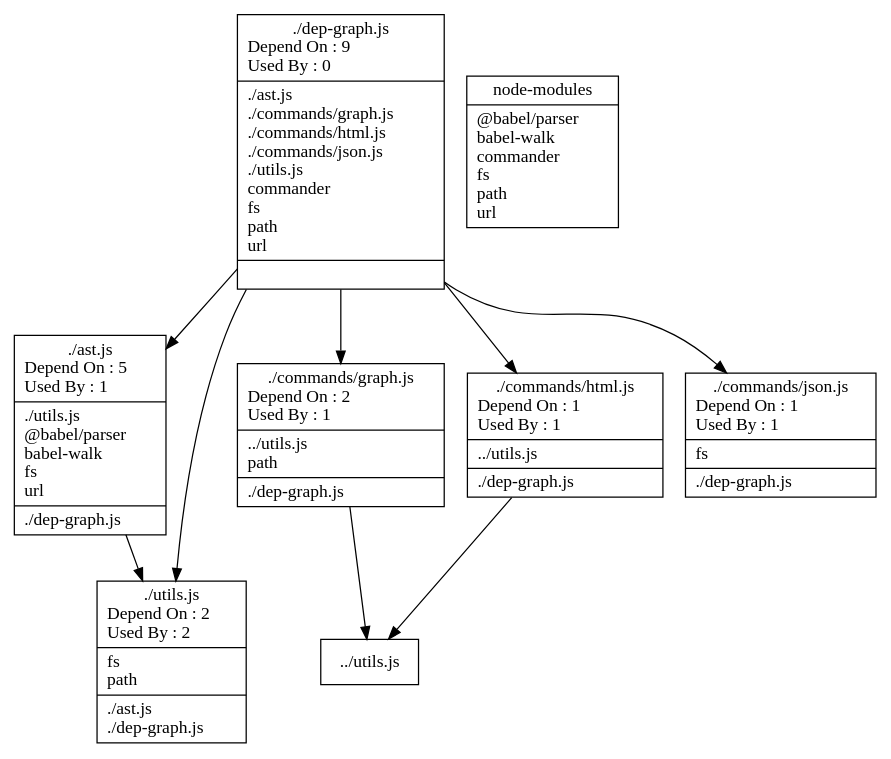
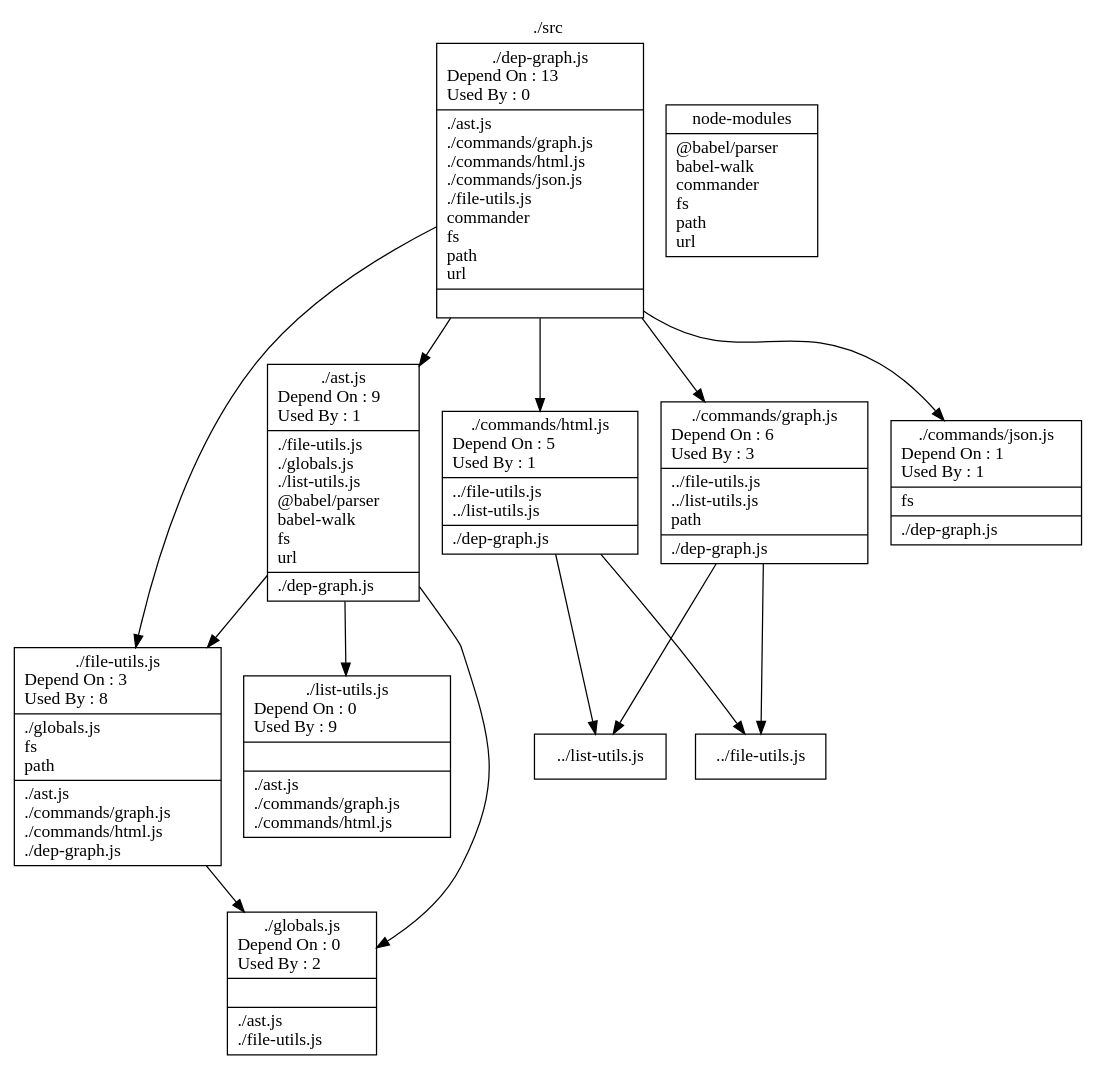
Before and after one commit to fleebe/dep-graph: the diagram in __tests__/out-eg/srcRelations.dot, drawn with Graphviz. The commit also changed 23 other files, not shown here.

Commit message:
added title to graphs and dependencies for exported source

```diff
--- a/__tests__/out-eg/srcRelations.dot
+++ b/__tests__/out-eg/srcRelations.dot
@@ -1,87 +1,120 @@
 digraph {
+label="./src";
+labelloc="t";
 node [shape=record];
 "./ast.js" [label="{ ./ast.js\n
-Depend On : 5\l
+Depend On : 9\l
 Used By : 1\l
 |
-		./utils.js\l
+		./file-utils.js\l
+		./globals.js\l
+		./list-utils.js\l
 		@babel/parser\l
 		babel-walk\l
 		fs\l
 		url\l
 |
 		./dep-graph.js\l
 }"];
 
 "./dep-graph.js" [label="{ ./dep-graph.js\n
-Depend On : 9\l
+Depend On : 13\l
 Used By : 0\l
 |
 		./ast.js\l
 		./commands/graph.js\l
 		./commands/html.js\l
 		./commands/json.js\l
-		./utils.js\l
+		./file-utils.js\l
 		commander\l
 		fs\l
 		path\l
 		url\l
 |
 }"];
 
-"./utils.js" [label="{ ./utils.js\n
-Depend On : 2\l
-Used By : 2\l
+"./file-utils.js" [label="{ ./file-utils.js\n
+Depend On : 3\l
+Used By : 8\l
 |
+		./globals.js\l
 		fs\l
 		path\l
 |
 		./ast.js\l
+		./commands/graph.js\l
+		./commands/html.js\l
 		./dep-graph.js\l
 }"];
 
+"./globals.js" [label="{ ./globals.js\n
+Depend On : 0\l
+Used By : 2\l
+|
+|
+		./ast.js\l
+		./file-utils.js\l
+}"];
+
+"./list-utils.js" [label="{ ./list-utils.js\n
+Depend On : 0\l
+Used By : 9\l
+|
+|
+		./ast.js\l
+		./commands/graph.js\l
+		./commands/html.js\l
+}"];
+
 "./commands/graph.js" [label="{ ./commands/graph.js\n
-Depend On : 2\l
-Used By : 1\l
+Depend On : 6\l
+Used By : 3\l
 |
-		../utils.js\l
+		../file-utils.js\l
+		../list-utils.js\l
 		path\l
 |
 		./dep-graph.js\l
 }"];
 
 "./commands/html.js" [label="{ ./commands/html.js\n
-Depend On : 1\l
+Depend On : 5\l
 Used By : 1\l
 |
-		../utils.js\l
+		../file-utils.js\l
+		../list-utils.js\l
 |
 		./dep-graph.js\l
 }"];
 
 "./commands/json.js" [label="{ ./commands/json.js\n
 Depend On : 1\l
 Used By : 1\l
 |
 		fs\l
 |
 		./dep-graph.js\l
 }"];
 
 "node-modules" [label="{node-modules\n | 
  		@babel/parser\l
 		babel-walk\l
 		commander\l
 		fs\l
 		path\l
 		url\l
 }"];
-"./ast.js"->"./utils.js"
+"./ast.js"->"./file-utils.js"
+"./ast.js"->"./globals.js"
+"./ast.js"->"./list-utils.js"
 "./dep-graph.js"->"./ast.js"
 "./dep-graph.js"->"./commands/graph.js"
 "./dep-graph.js"->"./commands/html.js"
 "./dep-graph.js"->"./commands/json.js"
-"./dep-graph.js"->"./utils.js"
-"./commands/graph.js"->"../utils.js"
-"./commands/html.js"->"../utils.js"
+"./dep-graph.js"->"./file-utils.js"
+"./file-utils.js"->"./globals.js"
+"./commands/graph.js"->"../file-utils.js"
+"./commands/graph.js"->"../list-utils.js"
+"./commands/html.js"->"../file-utils.js"
+"./commands/html.js"->"../list-utils.js"
 }
```
